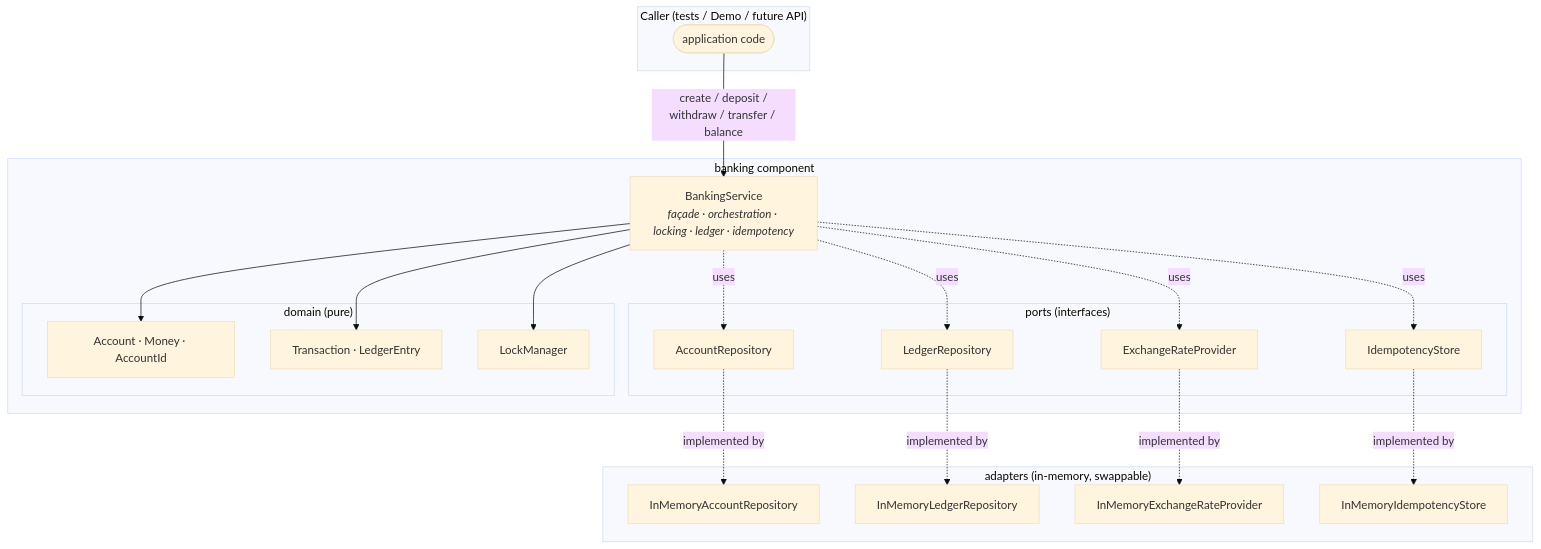
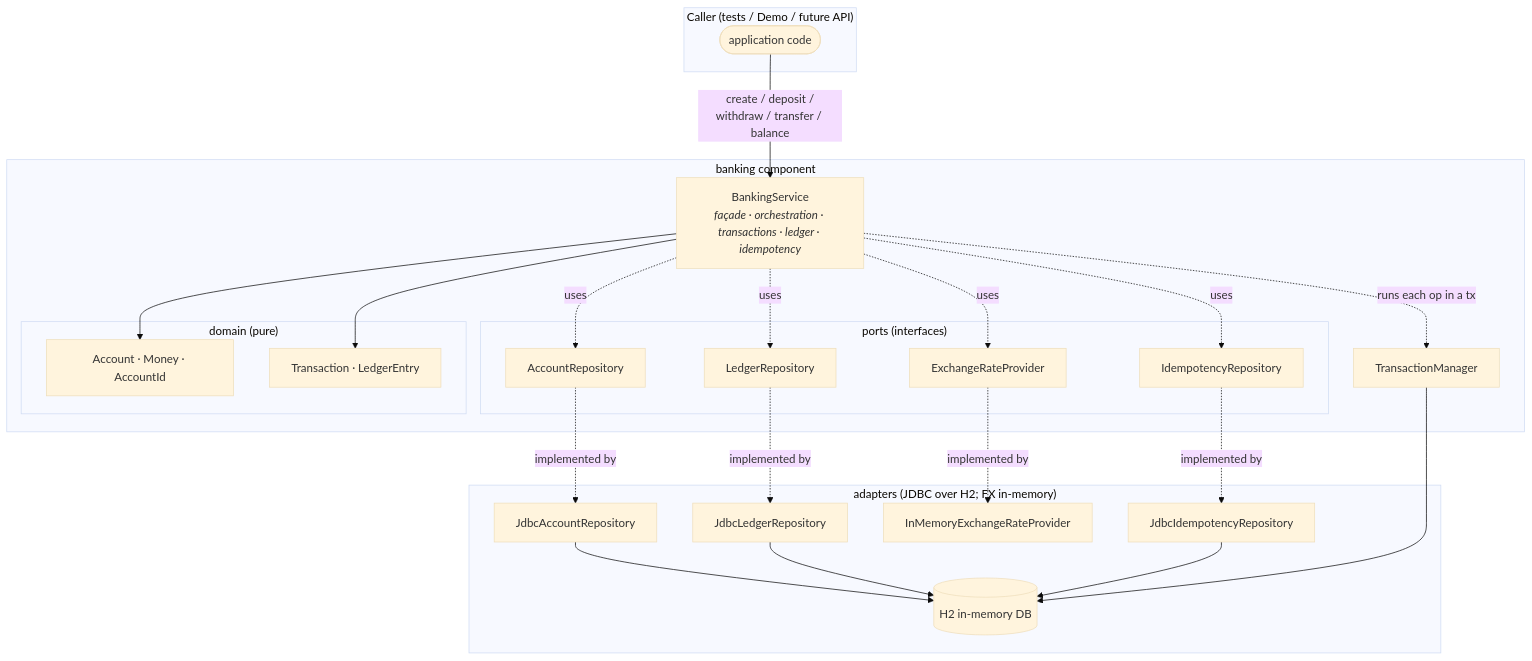
One commit to ngaikkeung/firstcircle-banking changed the first of 2 diagrams in doc/system-overview.md. Above: the diagram before and after it, drawn with Mermaid (base theme). The commit also changed other lines of this file and 33 other files, not shown here.

````diff
--- a/doc/system-overview.md
+++ b/doc/system-overview.md
@@ -22,44 +24,50 @@
 ```mermaid
 flowchart TB
     subgraph Client["Caller (tests / Demo / future API)"]
         C([application code])
     end
 
     subgraph Core["banking component"]
-        BS["BankingService<br/><i>façade · orchestration · locking · ledger · idempotency</i>"]
+        BS["BankingService<br/><i>façade · orchestration · transactions · ledger · idempotency</i>"]
 
         subgraph Ports["ports (interfaces)"]
             AR["AccountRepository"]
             LR["LedgerRepository"]
             FX["ExchangeRateProvider"]
-            IS["IdempotencyStore"]
+            IR["IdempotencyRepository"]
         end
 
         subgraph Domain["domain (pure)"]
             AC["Account · Money · AccountId"]
             TX["Transaction · LedgerEntry"]
-            LM["LockManager"]
         end
+
+        TM["TransactionManager"]
     end
 
-    subgraph Adapters["adapters (in-memory, swappable)"]
-        IAR["InMemoryAccountRepository"]
-        ILR["InMemoryLedgerRepository"]
+    subgraph Adapters["adapters (JDBC over H2; FX in-memory)"]
+        JAR["JdbcAccountRepository"]
+        JLR["JdbcLedgerRepository"]
         IFX["InMemoryExchangeRateProvider"]
-        IIS["InMemoryIdempotencyStore"]
+        JIR["JdbcIdempotencyRepository"]
+        H2[("H2 in-memory DB")]
     end
 
     C -->|"create / deposit /<br/>withdraw / transfer / balance"| BS
     BS --> AC
     BS --> TX
-    BS --> LM
+    BS -.->|runs each op in a tx| TM
     BS -.->|uses| AR
     BS -.->|uses| LR
     BS -.->|uses| FX
-    BS -.->|uses| IS
+    BS -.->|uses| IR
 
-    AR -.->|implemented by| IAR
-    LR -.->|implemented by| ILR
+    AR -.->|implemented by| JAR
+    LR -.->|implemented by| JLR
     FX -.->|implemented by| IFX
-    IS -.->|implemented by| IIS
+    IR -.->|implemented by| JIR
+    JAR --> H2
+    JLR --> H2
+    JIR --> H2
+    TM --> H2
 ```
````
